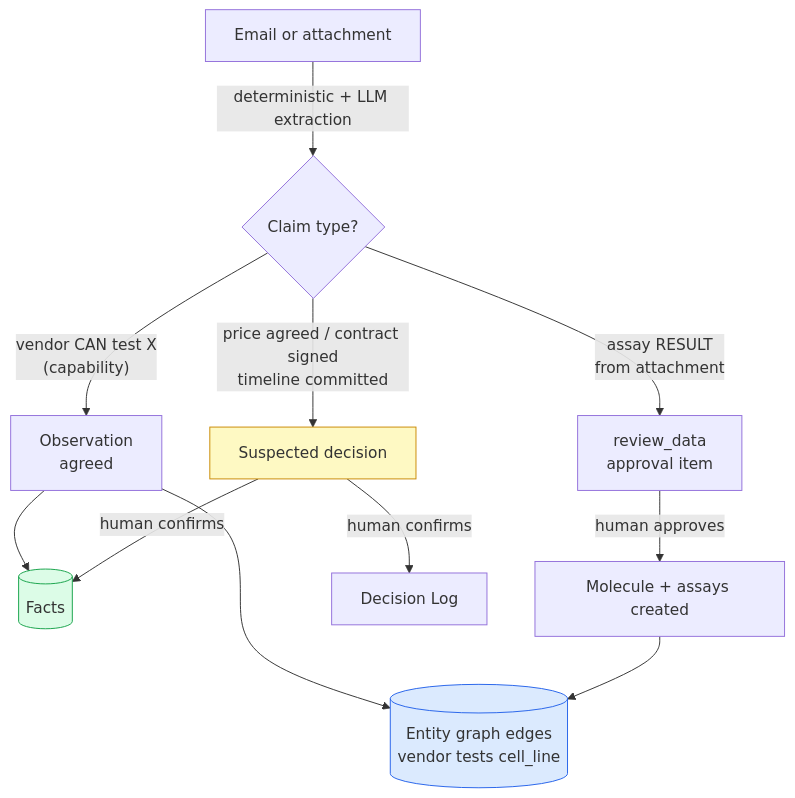
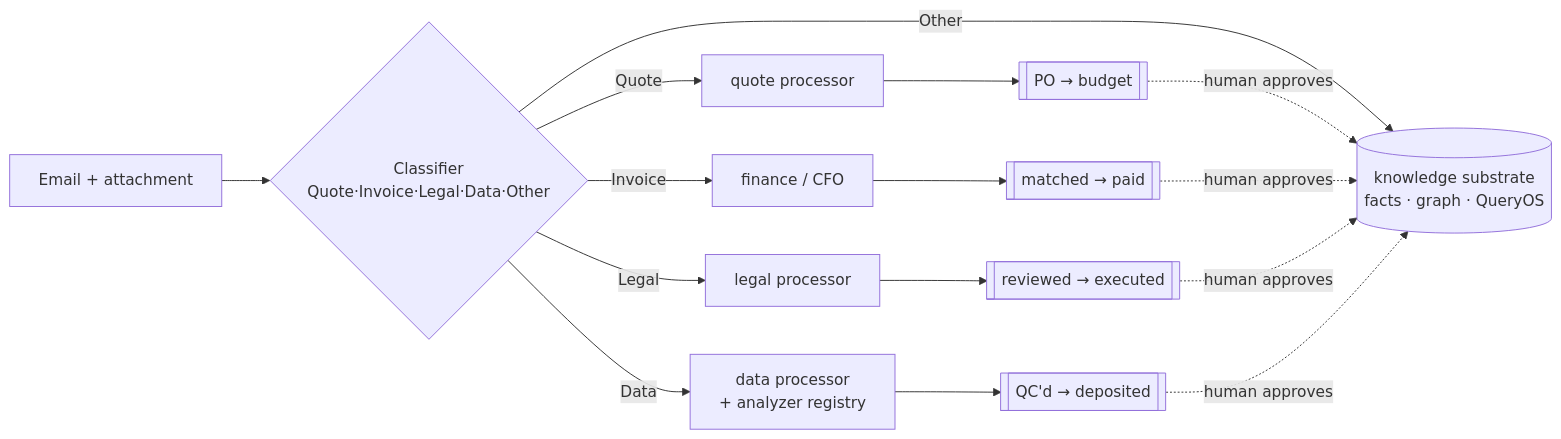
The first of 2 diagrams in README.md (souravUCSF/BiotechOS), drawn with Mermaid before and after one commit. The commit also changed other lines of this file and 30 other files, not shown here.

````diff
--- a/README.md
+++ b/README.md
@@ -73,17 +25,19 @@
 ```mermaid
-flowchart TD
-    A[Email or attachment] -->|deterministic + LLM extraction| B{Claim type?}
-    B -->|"vendor CAN test X<br/>(capability)"| C[Observation<br/>agreed]
-    B -->|"assay RESULT<br/>from attachment"| R[review_data<br/>approval item]
-    B -->|"price agreed / contract signed<br/>timeline committed"| S[Suspected decision]
-    C --> F[(Facts)]
-    R -->|human approves| M[Molecule + assays created]
-    S -->|human confirms| F
-    S -->|human confirms| L[Decision Log]
-    C --> EG[(Entity graph edges<br/>vendor tests cell_line)]
-    M --> EG
+flowchart LR
+    E[Email + attachment] --> C{Classifier<br/>Quote·Invoice·Legal·Data·Other}
+    C -->|Quote| P1[quote processor]
+    C -->|Invoice| P2[finance / CFO]
+    C -->|Legal| P3[legal processor]
+    C -->|Data| P4[data processor<br/>+ analyzer registry]
+    C -->|Other| KB[(knowledge substrate<br/>facts · graph · QueryOS)]
 
-    style F fill:#dcfce7,stroke:#16a34a
-    style S fill:#fef9c3,stroke:#ca8a04
-    style EG fill:#dbeafe,stroke:#2563eb
+    P1 --> Q1[[PO → budget]]
+    P2 --> Q2[[matched → paid]]
+    P3 --> Q3[[reviewed → executed]]
+    P4 --> Q4[[QC'd → deposited]]
+
+    Q1 -.human approves.-> KB
+    Q2 -.human approves.-> KB
+    Q3 -.human approves.-> KB
+    Q4 -.human approves.-> KB
 ```
````
